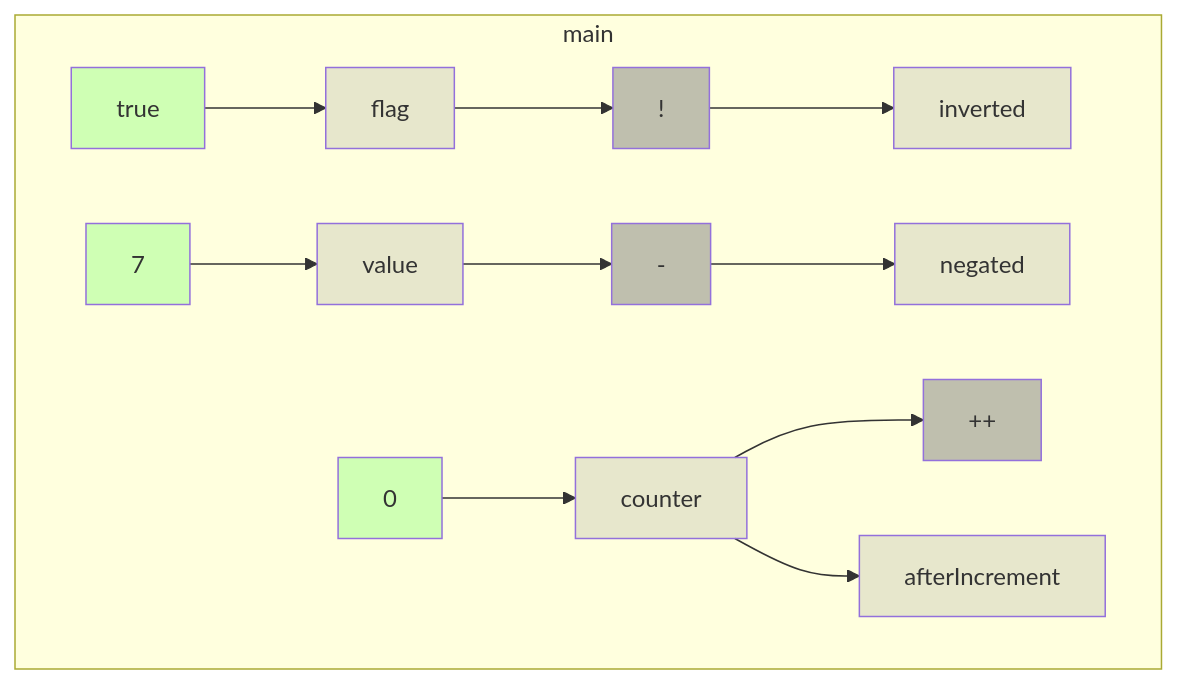
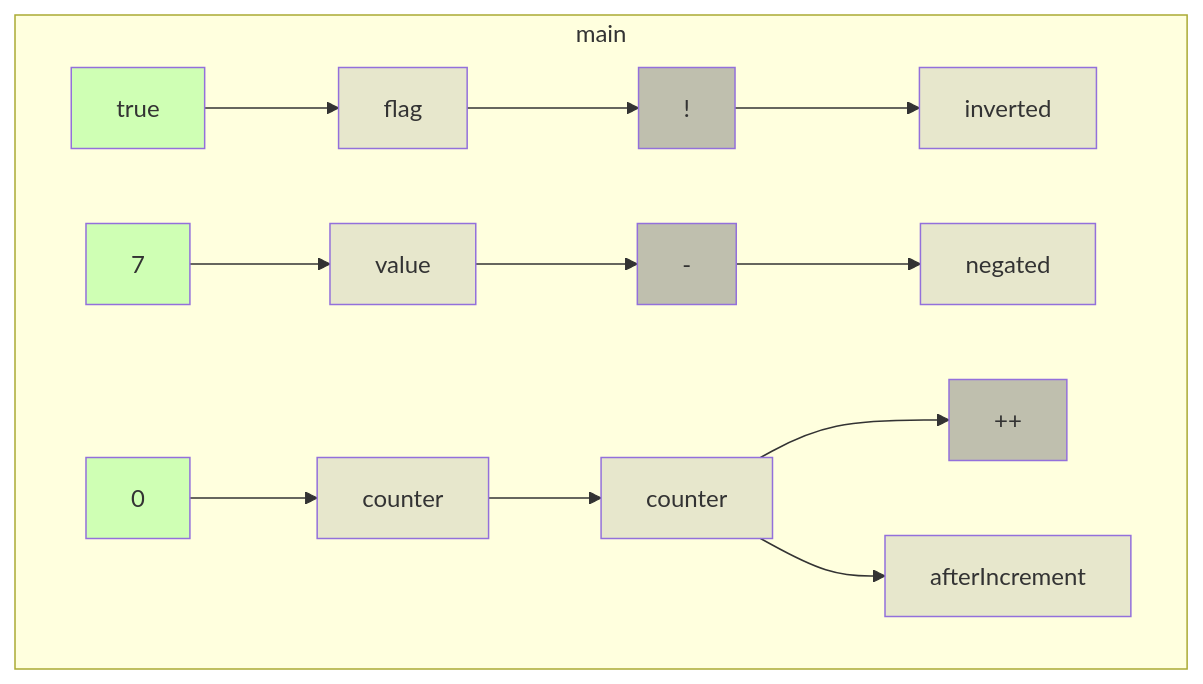
One commit to gstiebler/codeflow changed the diagram in app/src/test/resources/unary/spike-truth.md. Above: the diagram before and after it, drawn with Mermaid. The commit also changed 46 other files, not shown here.

````diff
--- a/app/src/test/resources/unary/spike-truth.md
+++ b/app/src/test/resources/unary/spike-truth.md
@@ -3,33 +3,35 @@
 ```mermaid
 flowchart TD
   subgraph m0["main"]
     n0["!"]:::BIN_OP
     n1["++"]:::BIN_OP
     n2["-"]:::BIN_OP
     n3["0"]:::LITERAL
     n4["7"]:::LITERAL
     n5["true"]:::LITERAL
     n6["afterIncrement"]:::VARIABLE
     n7["counter"]:::VARIABLE
-    n8["flag"]:::VARIABLE
-    n9["inverted"]:::VARIABLE
-    n10["negated"]:::VARIABLE
-    n11["value"]:::VARIABLE
+    n8["counter"]:::VARIABLE
+    n9["flag"]:::VARIABLE
+    n10["inverted"]:::VARIABLE
+    n11["negated"]:::VARIABLE
+    n12["value"]:::VARIABLE
   end
-  n0 --> n9
-  n11 --> n2
-  n2 --> n10
+  n0 --> n10
+  n12 --> n2
+  n2 --> n11
   n3 --> n7
-  n4 --> n11
-  n5 --> n8
-  n7 --> n1
-  n7 --> n6
-  n8 --> n0
+  n4 --> n12
+  n5 --> n9
+  n7 --> n8
+  n8 --> n1
+  n8 --> n6
+  n9 --> n0
   classDef LITERAL fill:#00FF0030
   classDef VARIABLE fill:#80808030
   classDef BIN_OP fill:#80808080
   classDef FUNC_PARAM fill:#8080FF30
   classDef RETURN fill:#FF808080
   classDef EXTERNAL fill:#FFA50040
   classDef UNMODELLED fill:#FF000030,stroke-dasharray: 4 2
 ```
````
